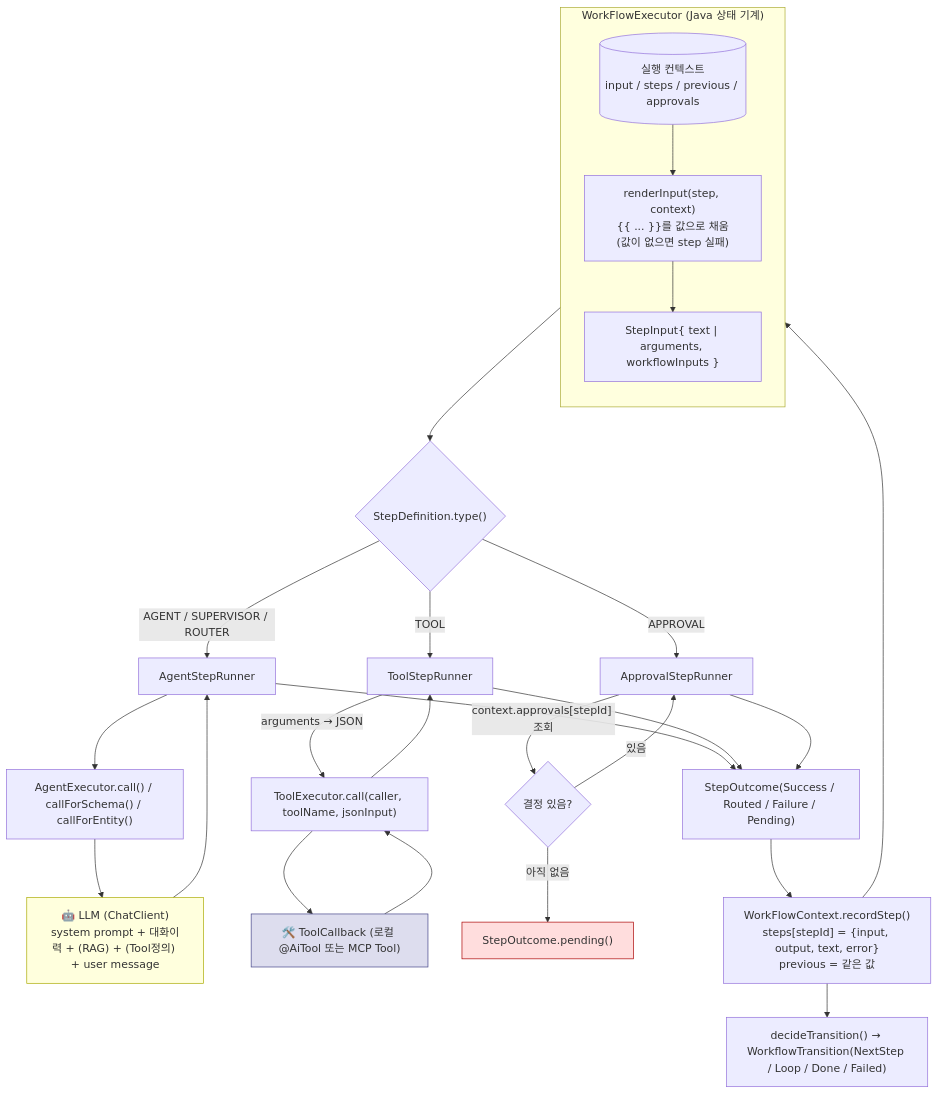
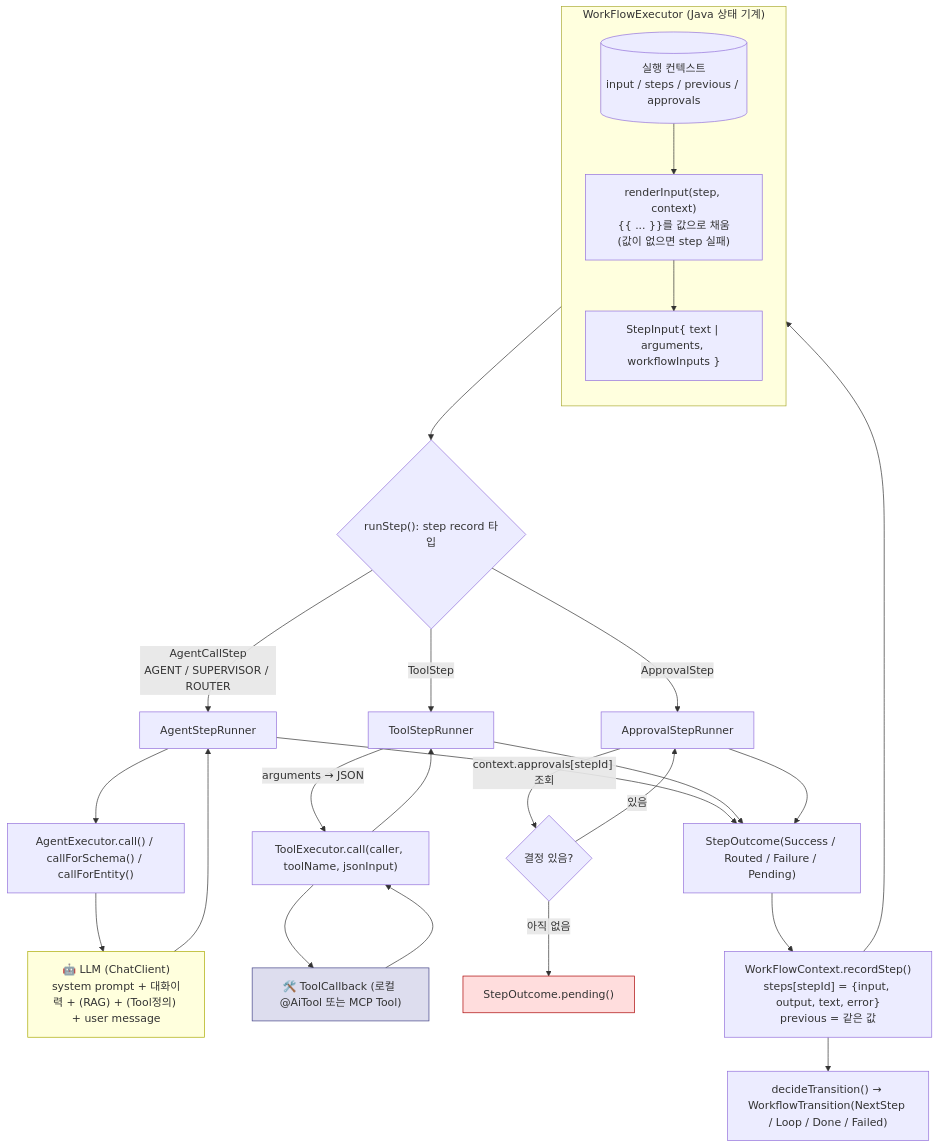
One commit to YongSoekChoeng/dstone changed the fifth of 10 diagrams in docs/09.dstone-ai-engine.md. Above: the diagram before and after it, drawn with Mermaid. The commit also changed other lines of this file and 42 other files, not shown here.

````diff
--- a/docs/09.dstone-ai-engine.md
+++ b/docs/09.dstone-ai-engine.md
@@ -362,39 +372,39 @@
 ```mermaid
 flowchart TD
     subgraph L1["WorkFlowExecutor (Java 상태 기계)"]
         direction TB
         CTX[("실행 컨텍스트\ninput / steps / previous / approvals")]
         R["renderInput(step, context)\n{{ ... }}를 값으로 채움\n(값이 없으면 step 실패)"]
         SI["StepInput{ text | arguments, workflowInputs }"]
         CTX --> R --> SI
     end
 
-    SI --> DISPATCH{"StepDefinition.type()"}
-    DISPATCH -->|AGENT / SUPERVISOR / ROUTER| ASR["AgentStepRunner"]
-    DISPATCH -->|TOOL| TSR["ToolStepRunner"]
-    DISPATCH -->|APPROVAL| APR["ApprovalStepRunner"]
+    SI --> DISPATCH{"runStep(): step record 타입"}
+    DISPATCH -->|AgentCallStep\nAGENT / SUPERVISOR / ROUTER| ASR["AgentStepRunner"]
+    DISPATCH -->|ToolStep| TSR["ToolStepRunner"]
+    DISPATCH -->|ApprovalStep| APR["ApprovalStepRunner"]
 
     ASR --> AE["AgentExecutor.call() / callForSchema() / callForEntity()"]
     AE --> LLM["🤖 LLM (ChatClient)\nsystem prompt + 대화이력 + (RAG) + (Tool정의) + user message"]
     LLM --> ASR
 
     TSR -->|"arguments → JSON"| TE["ToolExecutor.call(caller, toolName, jsonInput)"]
     TE --> TOOL["🛠️ ToolCallback (로컬 @AiTool 또는 MCP Tool)"]
     TOOL --> TE --> TSR
 
     APR -->|"context.approvals[stepId] 조회"| DECIDE{"결정 있음?"}
     DECIDE -->|"아직 없음"| PENDING["StepOutcome.pending()"]
     DECIDE -->|"있음"| APR
 
     ASR --> SO["StepOutcome(Success / Routed / Failure / Pending)"]
     TSR --> SO
     APR --> SO
 
     SO --> REC["WorkFlowContext.recordStep()\nsteps[stepId] = {input, output, text, error}\nprevious = 같은 값"]
     REC --> CTX
     REC --> NEXT["decideTransition() → WorkflowTransition(NextStep / Loop / Done / Failed)"]
 
     style LLM fill:#ffd,stroke:#aa0
     style TOOL fill:#dde,stroke:#448
     style PENDING fill:#fdd,stroke:#a00
 ```
````
